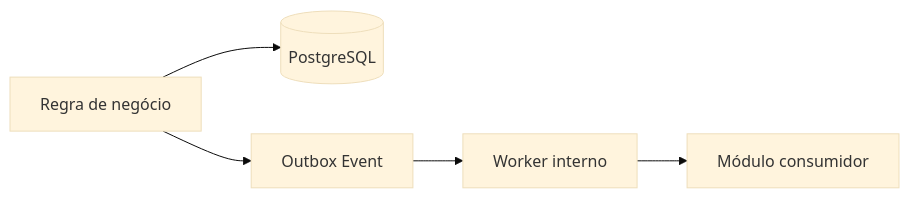
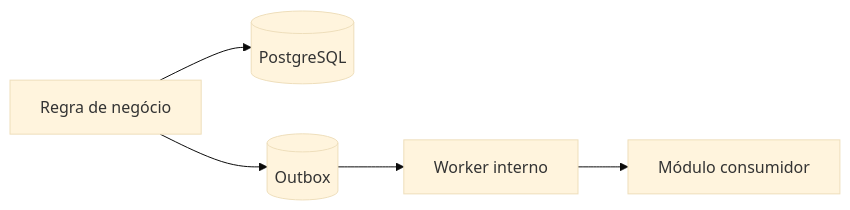
One commit to Wendersonjose/uberhidraulica-erp changed the second of 4 diagrams in README.md. Above: the diagram before and after it, drawn with Mermaid (base theme). The commit also changed other lines of this file and 4 other files, not shown here.

````diff
--- a/README.md
+++ b/README.md
@@ -317,9 +408,13 @@
 ```mermaid
 flowchart LR
-    A[Regra de negócio] --> B[(PostgreSQL)]
-    A --> C[Outbox Event]
+    DOMAIN[Regra de negócio]
+    DB[(PostgreSQL)]
+    OUTBOX[(Outbox)]
+    WORKER[Worker interno]
+    CONSUMER[Módulo consumidor]
 
-    C --> D[Worker interno]
-
-    D --> E[Módulo consumidor]
+    DOMAIN --> DB
+    DOMAIN --> OUTBOX
+    OUTBOX --> WORKER
+    WORKER --> CONSUMER
 ```
````
